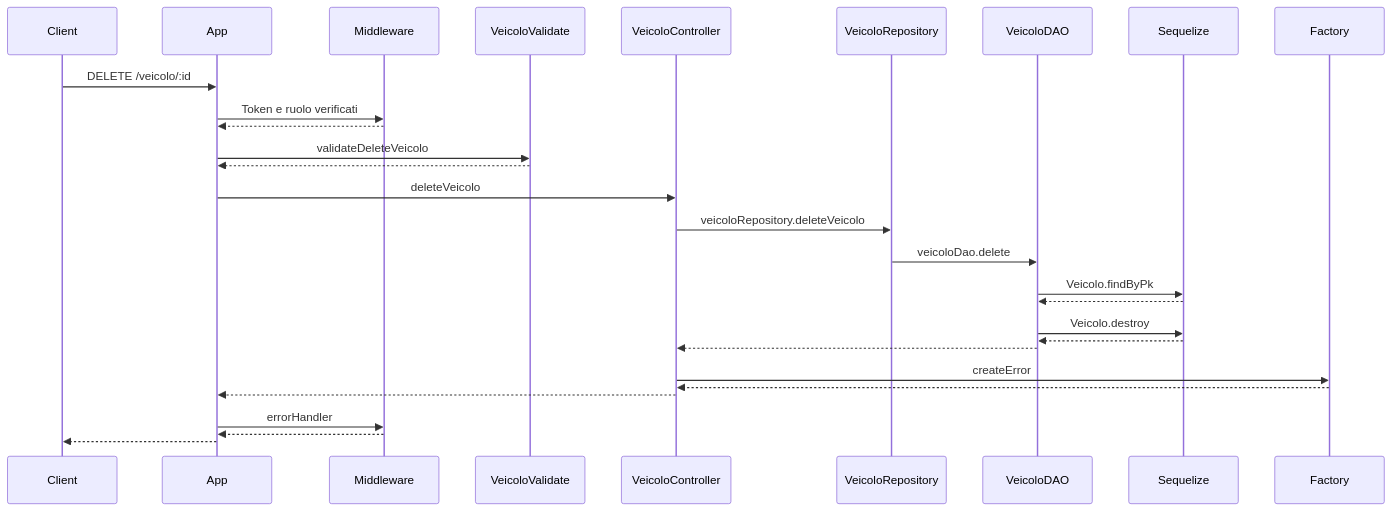
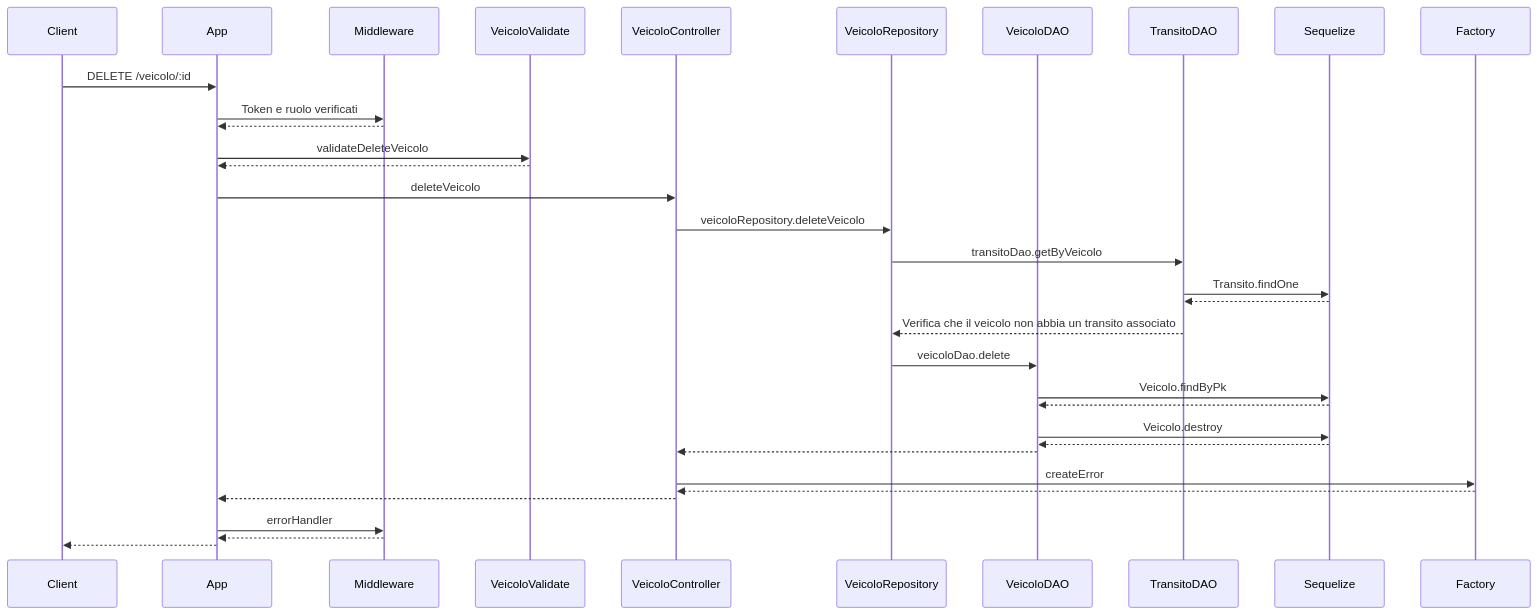
Before and after one commit to MattSona99/ProgettoPA: the sixth of 14 diagrams in README.md, drawn with Mermaid. The commit also changed other lines of this file, not shown here.

````diff
--- a/README.md
+++ b/README.md
@@ -361,32 +361,37 @@
 ```mermaid
 sequenceDiagram
   participant C as Client
   participant A as App
   participant M as Middleware
   participant V as VeicoloValidate
   participant CN as VeicoloController
   participant R as VeicoloRepository
   participant D as VeicoloDAO
+  participant TD as TransitoDAO
   participant S as Sequelize
   participant F as Factory
 
   C ->> A: DELETE /veicolo/:id
   A ->> M: Token e ruolo verificati
   M -->> A: 
   A ->> V: validateDeleteVeicolo
   V -->> A: 
   A ->> CN: deleteVeicolo
   CN ->> R: veicoloRepository.deleteVeicolo
+  R ->> TD: transitoDao.getByVeicolo
+  TD ->> S: Transito.findOne
+  S -->> TD:
+  TD -->> R: Verifica che il veicolo non abbia un transito associato
   R ->> D: veicoloDao.delete
   D ->> S: Veicolo.findByPk
   S -->> D: 
   D ->> S: Veicolo.destroy
   S -->> D: 
   D -->> CN: 
   CN ->> F: createError
   F -->> CN: 
   CN -->> A: 
   A ->> M: errorHandler
   M -->> A: 
   A -->> C:  
 ```
````
